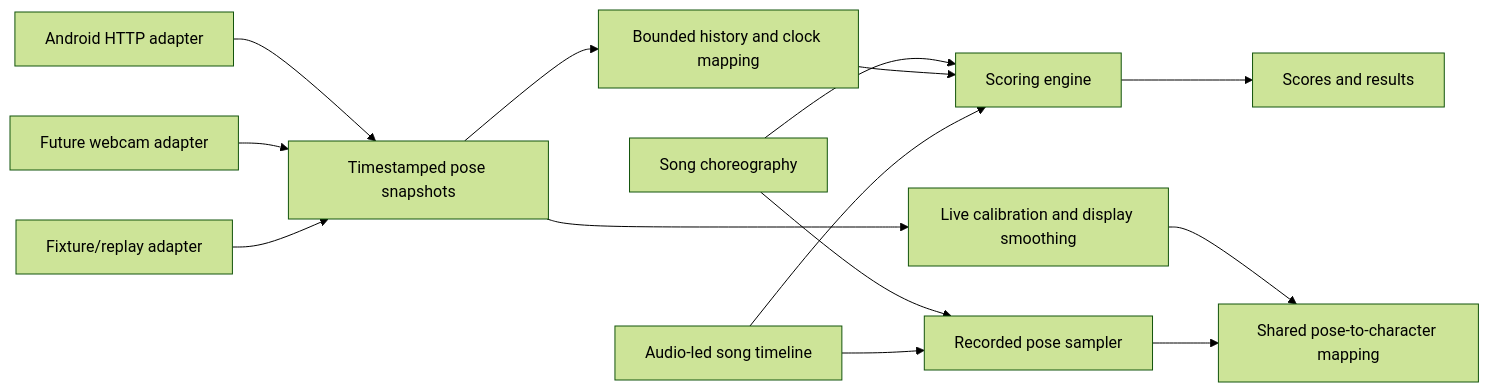
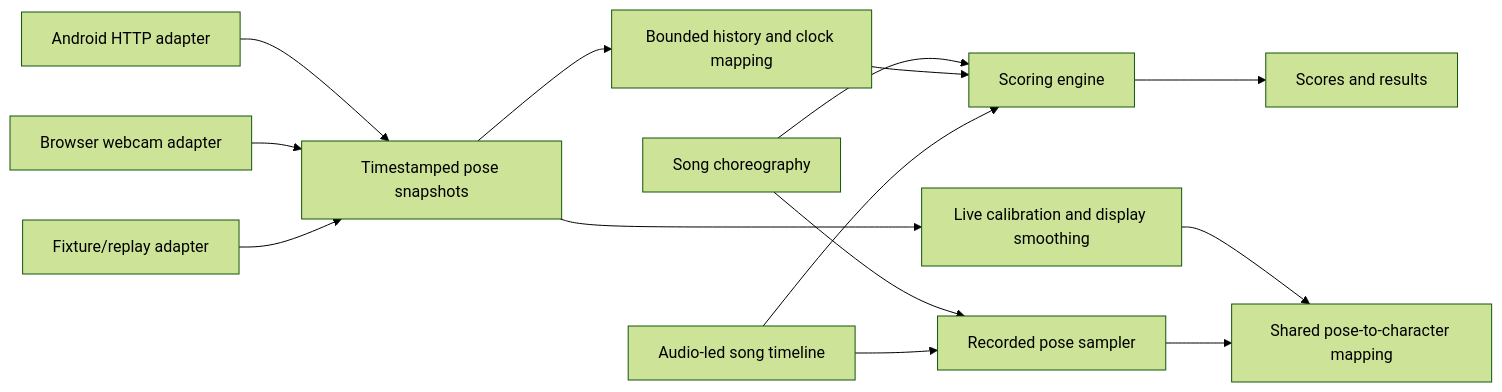
Before and after one commit to IsaacThoman/aerodance-hacknc: the diagram in docs/android-game-integration-plan.md, drawn with Mermaid (forest theme). The commit also changed other lines of this file and 52 other files, not shown here.

Commit message:
Add browser webcam support to game and Dance Studio

````diff
--- a/docs/android-game-integration-plan.md
+++ b/docs/android-game-integration-plan.md
@@ -49,16 +50,16 @@
 ```mermaid
 flowchart LR
     A[Android HTTP adapter] --> P[Timestamped pose snapshots]
-    W[Future webcam adapter] --> P
+    W[Browser webcam adapter] --> P
     F[Fixture/replay adapter] --> P
     P --> H[Bounded history and clock mapping]
     P --> L[Live calibration and display smoothing]
     L --> R[Shared pose-to-character mapping]
     C[Song choreography] --> S[Recorded pose sampler]
     S --> R
     C --> E[Scoring engine]
     H --> E
     T[Audio-led song timeline] --> S
     T --> E
     E --> U[Scores and results]
 ```
````
